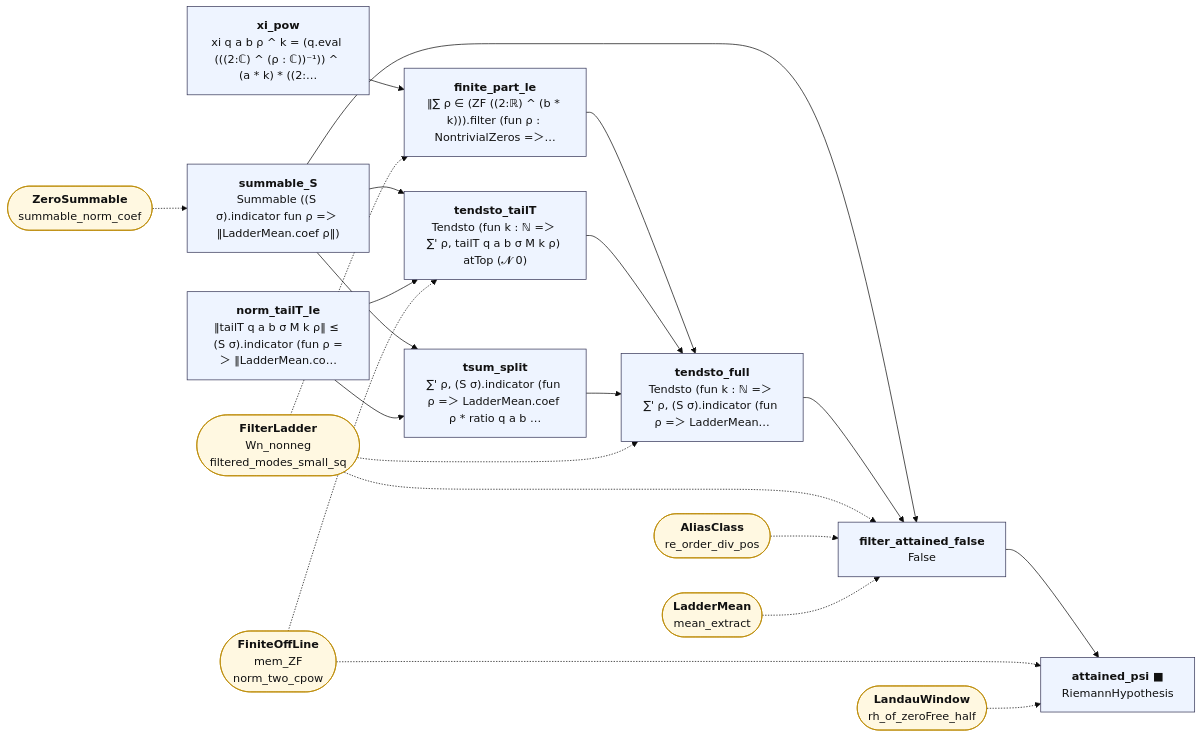
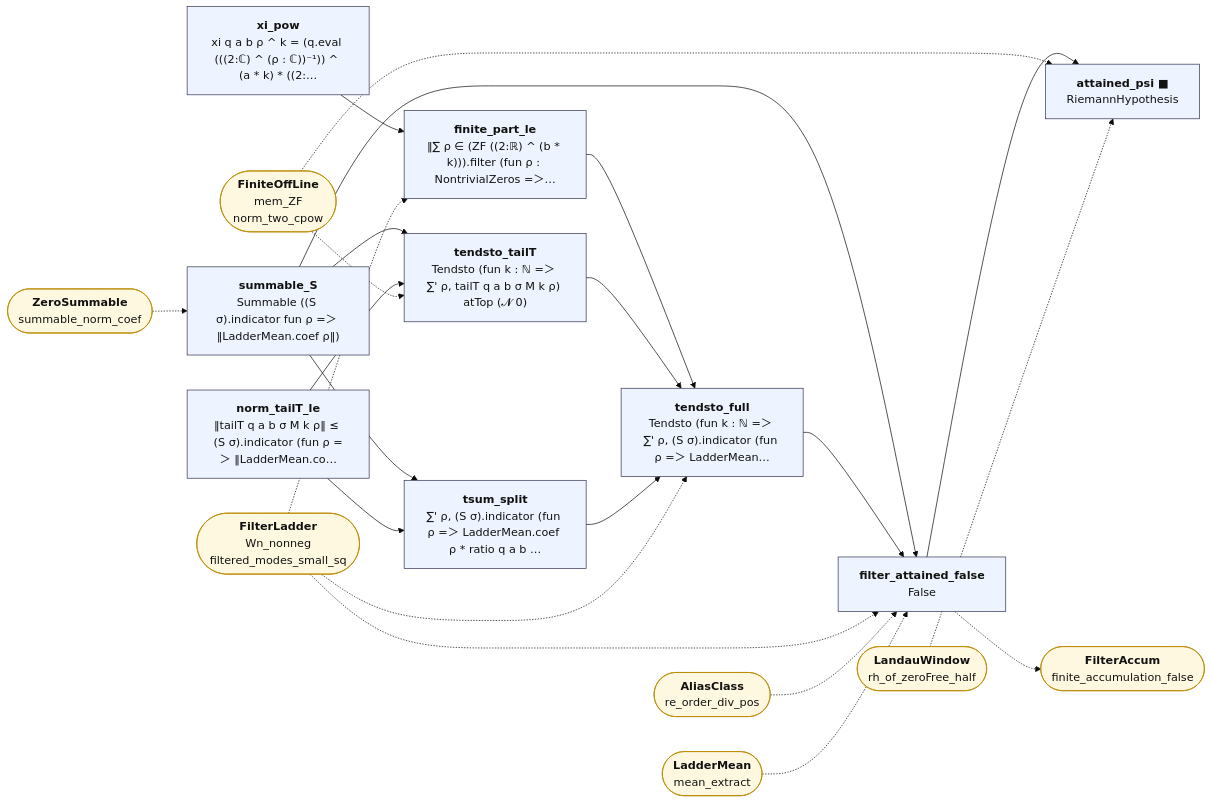
One commit to juliansambranojr/Primebeat_081426 changed the diagram in map/lean_stage3/FilterAttained.mmd. Above: the diagram before and after it, drawn with Mermaid (base theme). The commit also changed 33 other files, not shown here.

```diff
--- a/map/lean_stage3/FilterAttained.mmd
+++ b/map/lean_stage3/FilterAttained.mmd
@@ -1,44 +1,46 @@
 flowchart LR
   n0["<b>xi_pow</b><br/>xi q a b ρ ^ k = (q.eval (((2:ℂ) ^ (ρ : ℂ))⁻¹)) ^ (a * k) * ((2:…"]:::thm
   n1["<b>summable_S</b><br/>Summable ((S σ).indicator fun ρ =＞ ‖LadderMean.coef ρ‖)"]:::thm
   n2["<b>finite_part_le</b><br/>‖∑ ρ ∈ (ZF ((2:ℝ) ^ (b * k))).filter (fun ρ : NontrivialZeros =＞…"]:::thm
   n3["<b>norm_tailT_le</b><br/>‖tailT q a b σ M k ρ‖ ≤ (S σ).indicator (fun ρ =＞ ‖LadderMean.co…"]:::thm
   n4["<b>tendsto_tailT</b><br/>Tendsto (fun k : ℕ =＞ ∑' ρ, tailT q a b σ M k ρ) atTop (𝓝 0)"]:::thm
   n5["<b>tsum_split</b><br/>∑' ρ, (S σ).indicator (fun ρ =＞ LadderMean.coef ρ * ratio q a b …"]:::thm
   n6["<b>tendsto_full</b><br/>Tendsto (fun k : ℕ =＞ ∑' ρ, (S σ).indicator (fun ρ =＞ LadderMean…"]:::thm
   n7["<b>filter_attained_false</b><br/>False"]:::thm
   n8["<b>attained_psi ■</b><br/>RiemannHypothesis"]:::thm
   x0(["<b>ZeroSummable</b><br/>summable_norm_coef"]):::ext
   x1(["<b>FilterLadder</b><br/>Wn_nonneg<br/>filtered_modes_small_sq"]):::ext
   x2(["<b>FiniteOffLine</b><br/>mem_ZF<br/>norm_two_cpow"]):::ext
   x3(["<b>AliasClass</b><br/>re_order_div_pos"]):::ext
   x4(["<b>LadderMean</b><br/>mean_extract"]):::ext
-  x5(["<b>LandauWindow</b><br/>rh_of_zeroFree_half"]):::ext
+  x5(["<b>FilterAccum</b><br/>finite_accumulation_false"]):::ext
+  x6(["<b>LandauWindow</b><br/>rh_of_zeroFree_half"]):::ext
   n0 --> n2
   n1 --> n4
   n1 --> n5
   n1 --> n7
   n2 --> n6
   n3 --> n4
   n3 --> n5
   n4 --> n6
   n5 --> n6
   n6 --> n7
   n7 --> n8
+  n7 -.-> x5
   x0 -.-> n1
   x1 -.-> n2
   x1 -.-> n6
   x1 -.-> n7
   x2 -.-> n4
   x2 -.-> n8
   x3 -.-> n7
   x4 -.-> n7
-  x5 -.-> n8
+  x6 -.-> n8
   classDef cnt fill:#dff5ec,stroke:#17694a,color:#111
   classDef shp fill:#f1ecfb,stroke:#5b3fa0,color:#111
   classDef rh fill:#ffe5e5,stroke:#c22,color:#111,stroke-width:2px
   classDef thm fill:#eef4ff,stroke:#335,color:#111
   classDef end_ fill:#e7f7e7,stroke:#2a7,color:#111,stroke-width:2px
   classDef lone fill:#fff,stroke:#999,color:#111,stroke-dasharray:4 3
   classDef bad fill:#ffe5e5,stroke:#c22,color:#111,stroke-width:2px
   classDef ext fill:#fff8e1,stroke:#b80,color:#111
```
